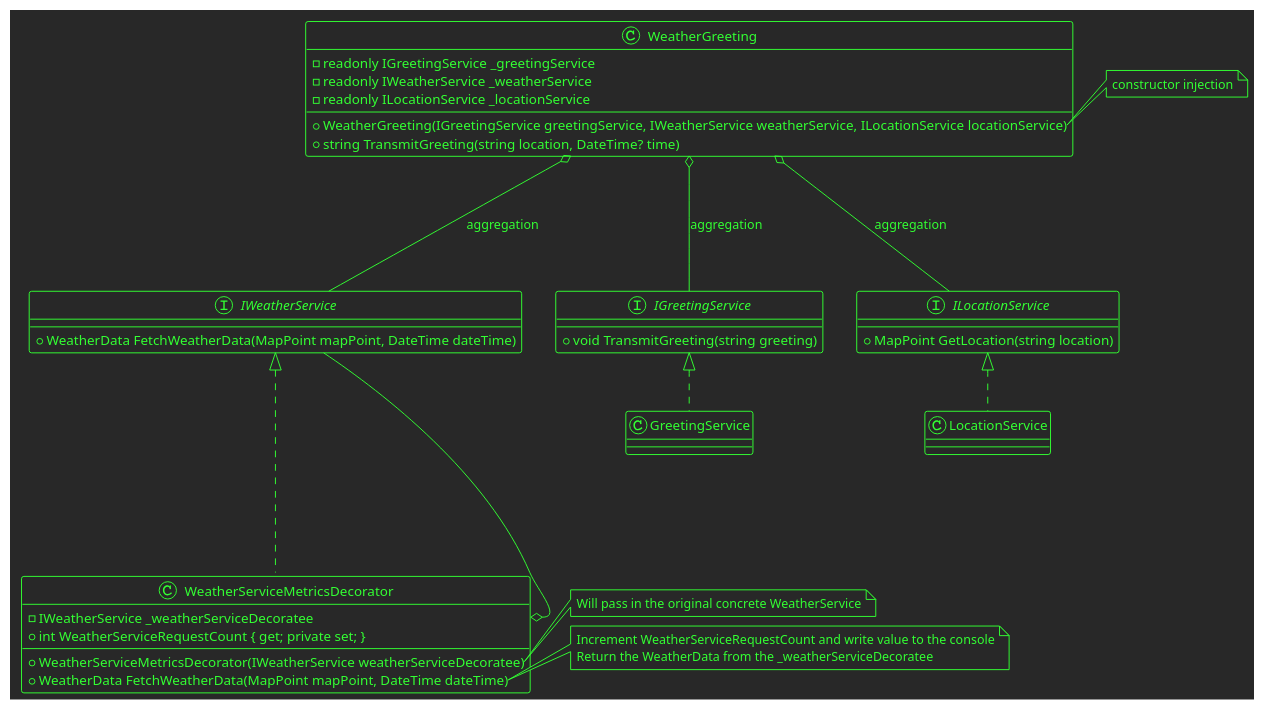
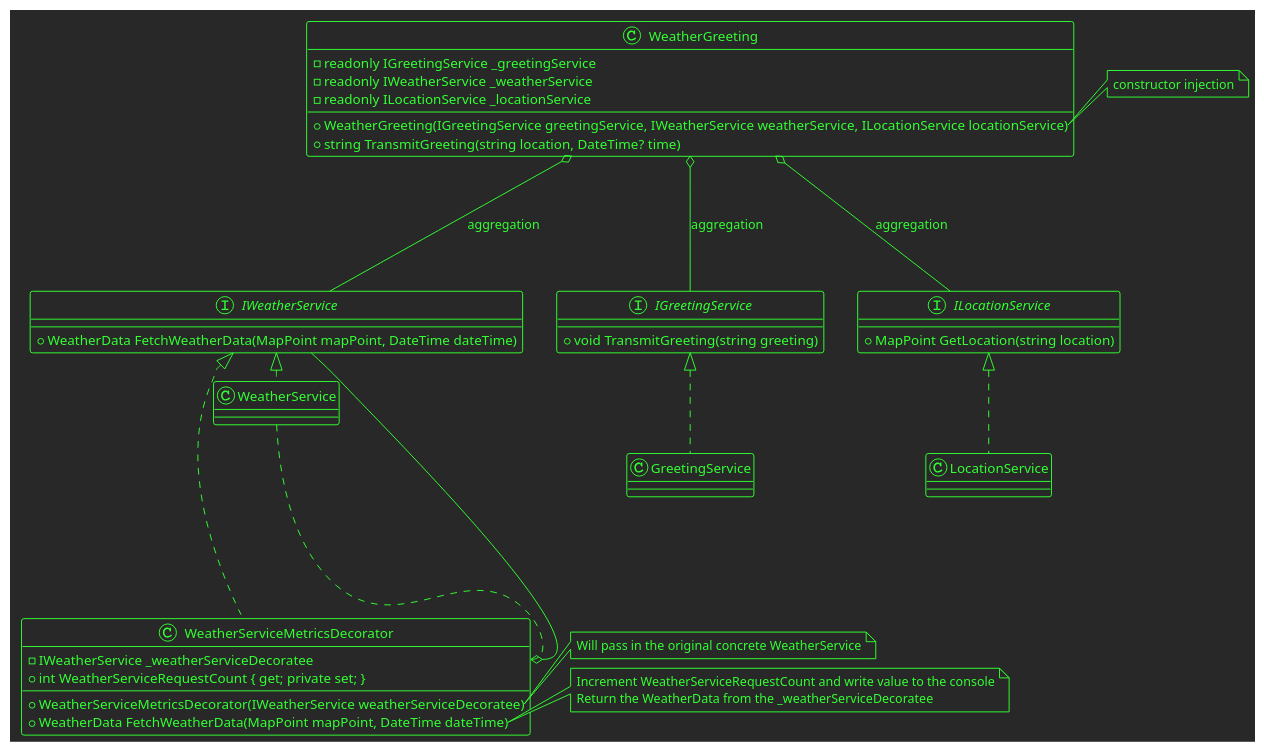
The diagram in WeatherGreeting/WeatherGreeting/WeatherServiceMetricsDecorator.puml (d-german/weather-greeting), drawn with PlantUML before and after one commit.

Commit message:
made some changes

```diff
--- a/WeatherGreeting/WeatherGreeting/WeatherServiceMetricsDecorator.puml
+++ b/WeatherGreeting/WeatherGreeting/WeatherServiceMetricsDecorator.puml
@@ -1,54 +1,56 @@
 @startuml
 !theme crt-green
 
 class WeatherGreeting {
     - readonly IGreetingService _greetingService
     - readonly IWeatherService _weatherService
     - readonly ILocationService _locationService
     + WeatherGreeting(IGreetingService greetingService, IWeatherService weatherService, ILocationService locationService)
     + string TransmitGreeting(string location, DateTime? time)
 }
 
 note right of WeatherGreeting::WeatherGreeting
 constructor injection
 end note
 
 interface IGreetingService {
 + void TransmitGreeting(string greeting)
 }
 
 interface IWeatherService {
 + WeatherData FetchWeatherData(MapPoint mapPoint, DateTime dateTime)
 }
 
 interface ILocationService {
 + MapPoint GetLocation(string location)
 }
 
 WeatherGreeting o--- IGreetingService : aggregation
 WeatherGreeting o--- IWeatherService : aggregation
 WeatherGreeting o--- ILocationService : aggregation
 
 class GreetingService implements IGreetingService
+WeatherService ....left|> IWeatherService
 'class WeatherService implements IWeatherService
 class LocationService implements ILocationService
 
 class WeatherServiceMetricsDecorator {
 - IWeatherService _weatherServiceDecoratee
 + int WeatherServiceRequestCount { get; private set; }
 + WeatherServiceMetricsDecorator(IWeatherService weatherServiceDecoratee)
 + WeatherData FetchWeatherData(MapPoint mapPoint, DateTime dateTime)
 }
 
 note right of WeatherServiceMetricsDecorator::WeatherServiceMetricsDecorator
 Will pass in the original concrete WeatherService
 end note
 
 note right of WeatherServiceMetricsDecorator::FetchWeatherData
 Increment WeatherServiceRequestCount and write value to the console
 Return the WeatherData from the _weatherServiceDecoratee
 end note
 
 WeatherServiceMetricsDecorator ...up|> IWeatherService
 WeatherServiceMetricsDecorator::_weatherServiceDecoratee o---- IWeatherService
+WeatherService ... WeatherServiceMetricsDecorator::_weatherServiceDecoratee
 @enduml
```
